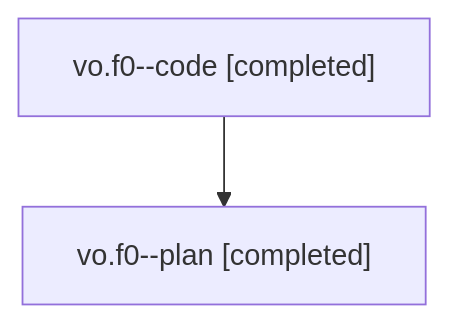
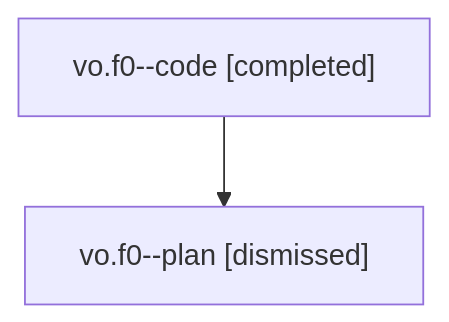
Before and after one commit to sase-org/sase--agents: the diagram in families/bbugyi200.athena.vo.f0.md, drawn with Mermaid. The commit also changed other lines of this file and 1120 other files, not shown here.

````diff
--- a/families/bbugyi200.athena.vo.f0.md
+++ b/families/bbugyi200.athena.vo.f0.md
@@ -9,6 +9,6 @@
 ```mermaid
 flowchart TD
   n0["vo.f0--code [completed]"]
-  n1["vo.f0--plan [completed]"]
+  n1["vo.f0--plan [dismissed]"]
   n0 --> n1
 ```
````
